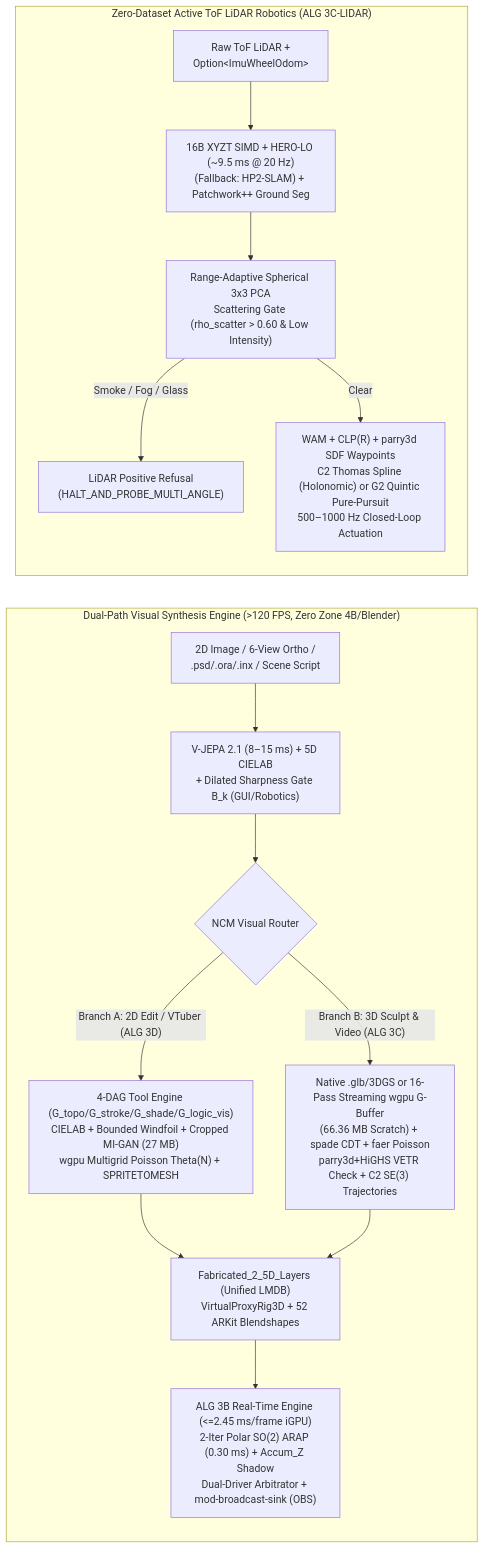
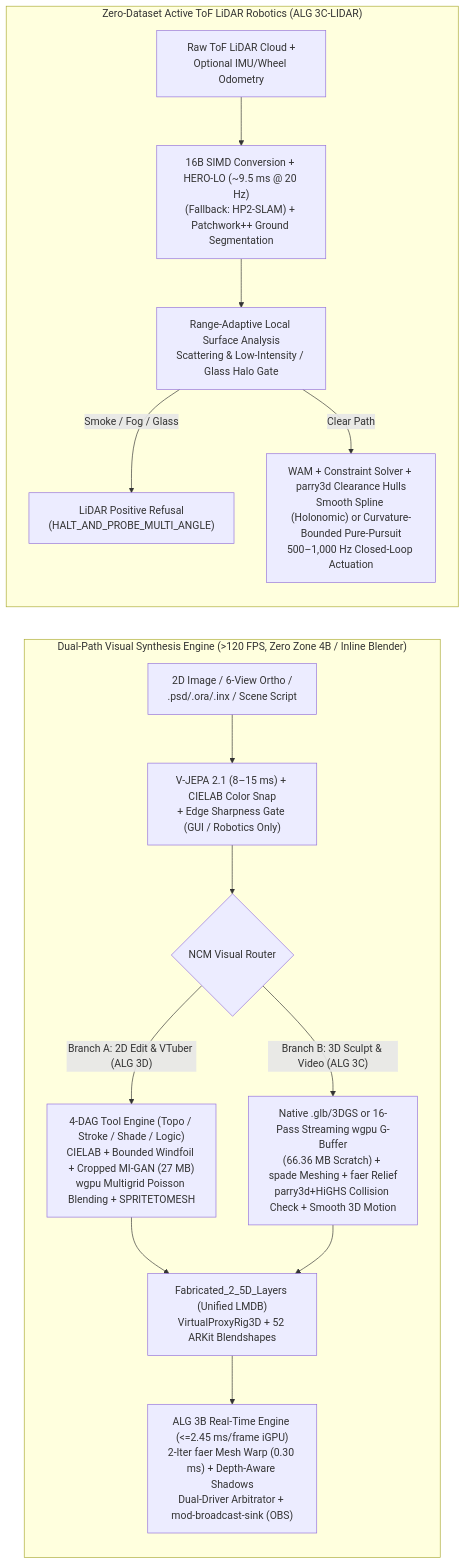
One commit to vuhoangquanhoctap-glitch/Takuma-1-Trinity changed the third of 16 diagrams in README.md. Above: the diagram before and after it, drawn with Mermaid. The commit also changed other lines of this file, not shown here.

````diff
--- a/README.md
+++ b/README.md
@@ -216,19 +206,19 @@
 ```mermaid
 flowchart LR
-    subgraph VIS_PIPE["Dual-Path Visual Synthesis Engine (>120 FPS, Zero Zone 4B/Blender)"]
-        VIN["2D Image / 6-View Ortho /<br/>.psd/.ora/.inx / Scene Script"] --> VPER["V-JEPA 2.1 (8–15 ms) + 5D CIELAB<br/>+ Dilated Sharpness Gate B_k (GUI/Robotics)"]
+    subgraph VIS_PIPE["Dual-Path Visual Synthesis Engine (>120 FPS, Zero Zone 4B / Inline Blender)"]
+        VIN["2D Image / 6-View Ortho /<br/>.psd/.ora/.inx / Scene Script"] --> VPER["V-JEPA 2.1 (8–15 ms) + CIELAB Color Snap<br/>+ Edge Sharpness Gate (GUI / Robotics Only)"]
         VPER --> VRT{"NCM Visual Router"}
-        VRT -- "Branch A: 2D Edit / VTuber (ALG 3D)" --> BA["4-DAG Tool Engine (G_topo/G_stroke/G_shade/G_logic_vis)<br/>CIELAB + Bounded Windfoil + Cropped MI-GAN (27 MB)<br/>wgpu Multigrid Poisson Theta(N) + SPRITETOMESH"]
-        VRT -- "Branch B: 3D Sculpt & Video (ALG 3C)" --> BB["Native .glb/3DGS or 16-Pass Streaming wgpu G-Buffer<br/>(66.36 MB Scratch) + spade CDT + faer Poisson<br/>parry3d+HiGHS VETR Check + C2 SE(3) Trajectories"]
+        VRT -- "Branch A: 2D Edit & VTuber (ALG 3D)" --> BA["4-DAG Tool Engine (Topo / Stroke / Shade / Logic)<br/>CIELAB + Bounded Windfoil + Cropped MI-GAN (27 MB)<br/>wgpu Multigrid Poisson Blending + SPRITETOMESH"]
+        VRT -- "Branch B: 3D Sculpt & Video (ALG 3C)" --> BB["Native .glb/3DGS or 16-Pass Streaming wgpu G-Buffer<br/>(66.36 MB Scratch) + spade Meshing + faer Relief<br/>parry3d+HiGHS Collision Check + Smooth 3D Motion"]
         BA --> LDB["Fabricated_2_5D_Layers (Unified LMDB)<br/>VirtualProxyRig3D + 52 ARKit Blendshapes"]
         BB --> LDB
-        LDB --> RT["ALG 3B Real-Time Engine (<=2.45 ms/frame iGPU)<br/>2-Iter Polar SO(2) ARAP (0.30 ms) + Accum_Z Shadow<br/>Dual-Driver Arbitrator + mod-broadcast-sink (OBS)"]
+        LDB --> RT["ALG 3B Real-Time Engine (<=2.45 ms/frame iGPU)<br/>2-Iter faer Mesh Warp (0.30 ms) + Depth-Aware Shadows<br/>Dual-Driver Arbitrator + mod-broadcast-sink (OBS)"]
     end
 
     subgraph LID_PIPE["Zero-Dataset Active ToF LiDAR Robotics (ALG 3C-LIDAR)"]
-        LIN["Raw ToF LiDAR +<br/>Option#lt;ImuWheelOdom#gt;"] --> L1["16B XYZT SIMD + HERO-LO (~9.5 ms @ 20 Hz)<br/>(Fallback: HP2-SLAM) + Patchwork++ Ground Seg"]
-        L1 --> L2["Range-Adaptive Spherical 3x3 PCA<br/>Scattering Gate (rho_scatter > 0.60 & Low Intensity)"]
+        LIN["Raw ToF LiDAR Cloud +<br/>Optional IMU/Wheel Odometry"] --> L1["16B SIMD Conversion + HERO-LO (~9.5 ms @ 20 Hz)<br/>(Fallback: HP2-SLAM) + Patchwork++ Ground Segmentation"]
+        L1 --> L2["Range-Adaptive Local Surface Analysis<br/>Scattering & Low-Intensity / Glass Halo Gate"]
         L2 -- "Smoke / Fog / Glass" --> LREF["LiDAR Positive Refusal<br/>(HALT_AND_PROBE_MULTI_ANGLE)"]
-        L2 -- "Clear" --> L3["WAM + CLP(R) + parry3d SDF Waypoints<br/>C2 Thomas Spline (Holonomic) or G2 Quintic Pure-Pursuit<br/>500–1000 Hz Closed-Loop Actuation"]
+        L2 -- "Clear Path" --> L3["WAM + Constraint Solver + parry3d Clearance Hulls<br/>Smooth Spline (Holonomic) or Curvature-Bounded Pure-Pursuit<br/>500–1,000 Hz Closed-Loop Actuation"]
     end
 ```
````
